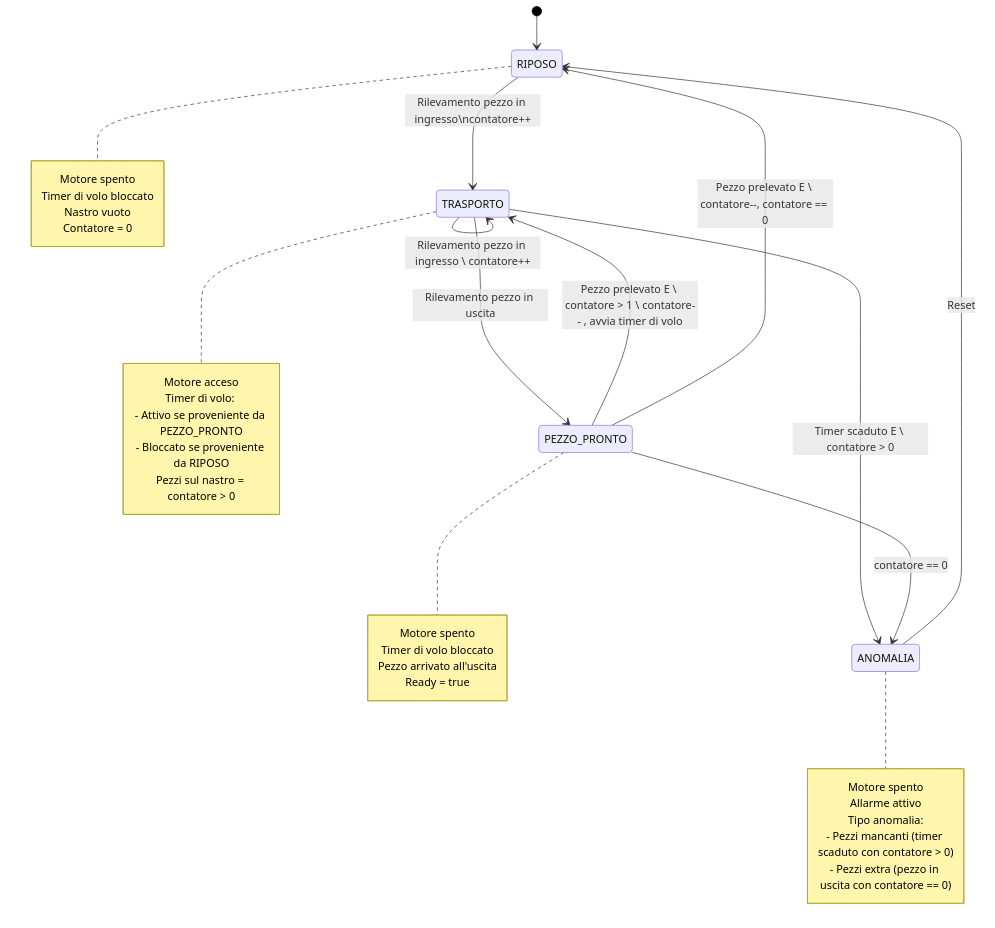
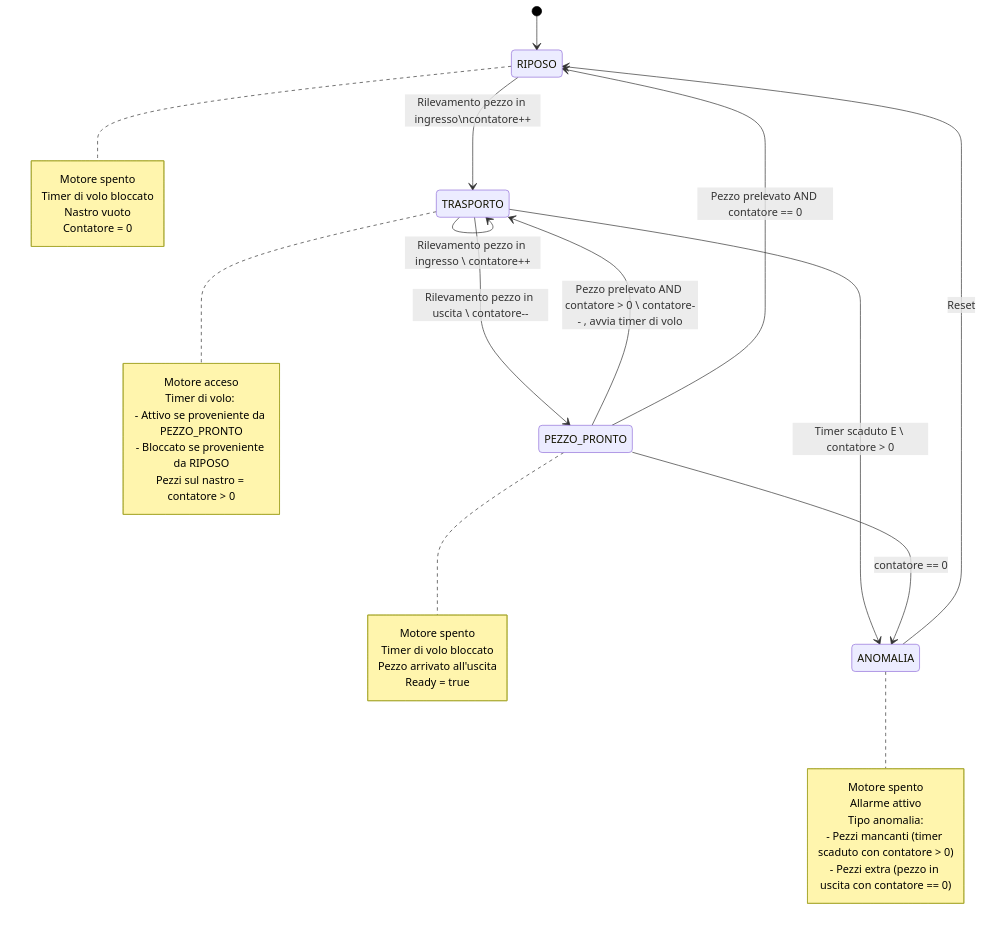
Before and after one commit to sebastianomelita/ArduinoBareMetal: the diagram in nastrocont.md, drawn with Mermaid.

````diff
--- a/nastrocont.md
+++ b/nastrocont.md
@@ -58,47 +58,47 @@
 ```mermaid
 %%{init: {'theme': 'default', 'themeVariables': { 'primaryColor': '#ffffff', 'primaryTextColor': '#000000', 'primaryBorderColor': '#000000', 'lineColor': '#000000', 'secondaryColor': '#f4f4f4', 'tertiaryColor': '#ffffff' }}}%%
 stateDiagram-v2
     [*] --> RIPOSO
 
     RIPOSO --> TRASPORTO: Rilevamento pezzo in ingresso\ncontatore++
     
     TRASPORTO --> TRASPORTO: Rilevamento pezzo in ingresso \ contatore++
-    TRASPORTO --> PEZZO_PRONTO: Rilevamento pezzo in uscita 
+    TRASPORTO --> PEZZO_PRONTO: Rilevamento pezzo in uscita \ contatore--
     TRASPORTO --> ANOMALIA: Timer scaduto E \ contatore > 0
     
-    PEZZO_PRONTO --> TRASPORTO: Pezzo prelevato E \ contatore > 1 \ contatore-- , avvia timer di volo
-    PEZZO_PRONTO --> RIPOSO: Pezzo prelevato E \ contatore--, contatore == 0
+    PEZZO_PRONTO --> TRASPORTO: Pezzo prelevato AND contatore > 0 \ contatore-- , avvia timer di volo
+    PEZZO_PRONTO --> RIPOSO: Pezzo prelevato AND contatore == 0
     PEZZO_PRONTO --> ANOMALIA: contatore == 0
     
     ANOMALIA --> RIPOSO: Reset
     
     note right of RIPOSO
         Motore spento
         Timer di volo bloccato
         Nastro vuoto
         Contatore = 0
     end note
     
     note right of TRASPORTO
         Motore acceso
         Timer di volo: 
         - Attivo se proveniente da PEZZO_PRONTO
         - Bloccato se proveniente da RIPOSO
         Pezzi sul nastro = contatore > 0
     end note
     
     note right of PEZZO_PRONTO
         Motore spento
         Timer di volo bloccato
         Pezzo arrivato all'uscita
         Ready = true
     end note
     
     note right of ANOMALIA
         Motore spento
         Allarme attivo
         Tipo anomalia:
         - Pezzi mancanti (timer scaduto con contatore > 0)
         - Pezzi extra (pezzo in uscita con contatore == 0)
     end note
 ```
````
